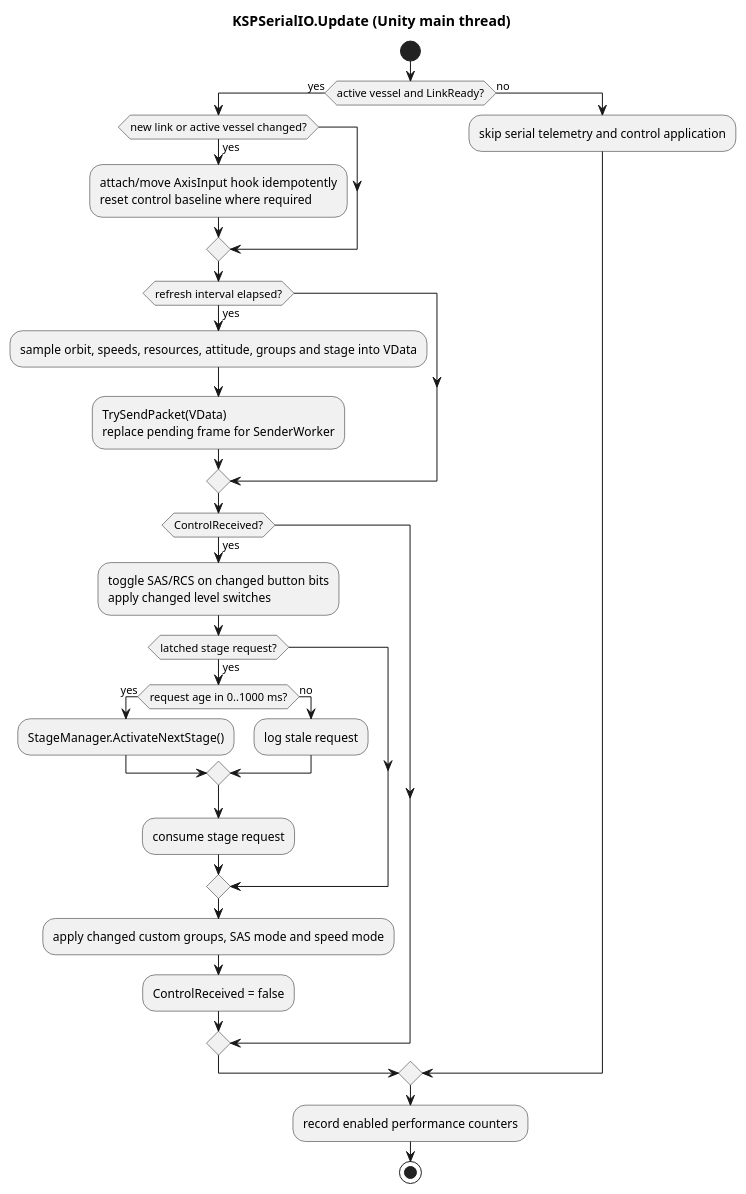
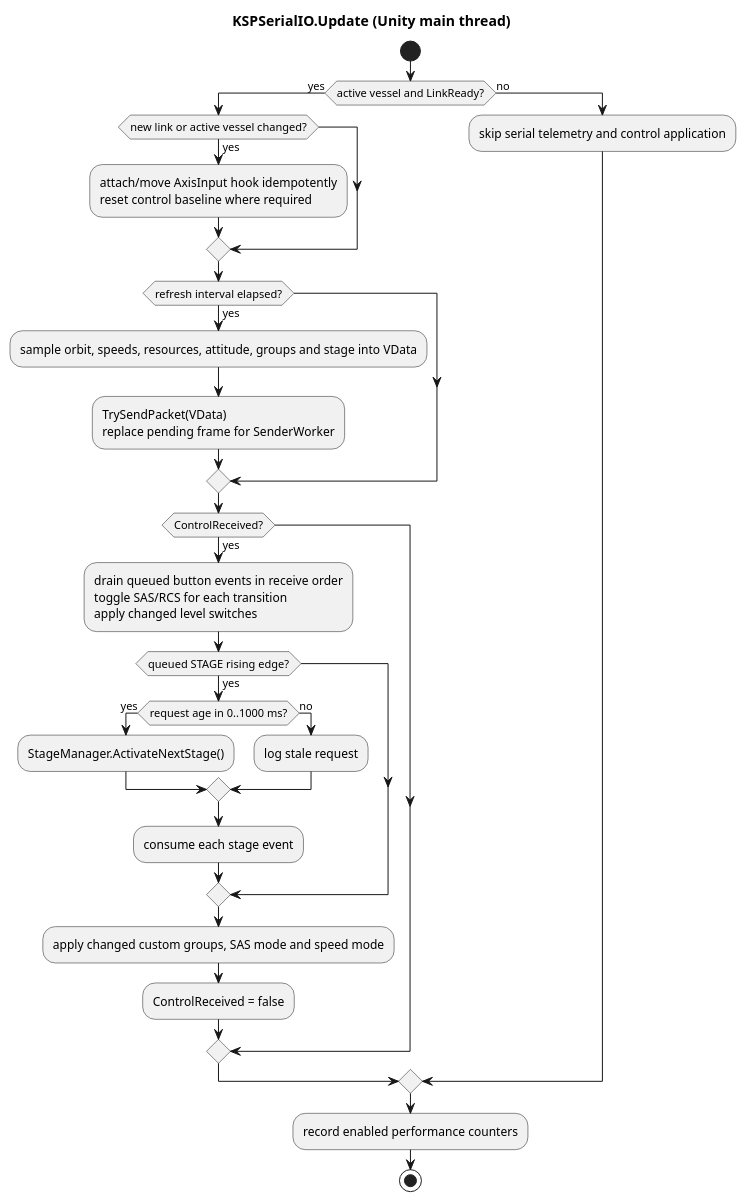
One commit to AlaNLrdE/KSPKontroller changed the diagram in docs/diagrams/activity_plugin_update.puml. Above: the diagram before and after it, drawn with PlantUML. The commit also changed 13 other files, not shown here.

```diff
--- a/docs/diagrams/activity_plugin_update.puml
+++ b/docs/diagrams/activity_plugin_update.puml
@@ -1,30 +1,30 @@
 @startuml activity_plugin_update
 title KSPSerialIO.Update (Unity main thread)
 start
 if (active vessel and LinkReady?) then (yes)
   if (new link or active vessel changed?) then (yes)
     :attach/move AxisInput hook idempotently\nreset control baseline where required;
   endif
   if (refresh interval elapsed?) then (yes)
     :sample orbit, speeds, resources, attitude, groups and stage into VData;
     :TrySendPacket(VData)\nreplace pending frame for SenderWorker;
   endif
   if (ControlReceived?) then (yes)
-    :toggle SAS/RCS on changed button bits\napply changed level switches;
-    if (latched stage request?) then (yes)
+    :drain queued button events in receive order\ntoggle SAS/RCS for each transition\napply changed level switches;
+    if (queued STAGE rising edge?) then (yes)
       if (request age in 0..1000 ms?) then (yes)
         :StageManager.ActivateNextStage();
       else (no)
         :log stale request;
       endif
-      :consume stage request;
+      :consume each stage event;
     endif
     :apply changed custom groups, SAS mode and speed mode;
     :ControlReceived = false;
   endif
 else (no)
   :skip serial telemetry and control application;
 endif
 :record enabled performance counters;
 stop
 @enduml
```
